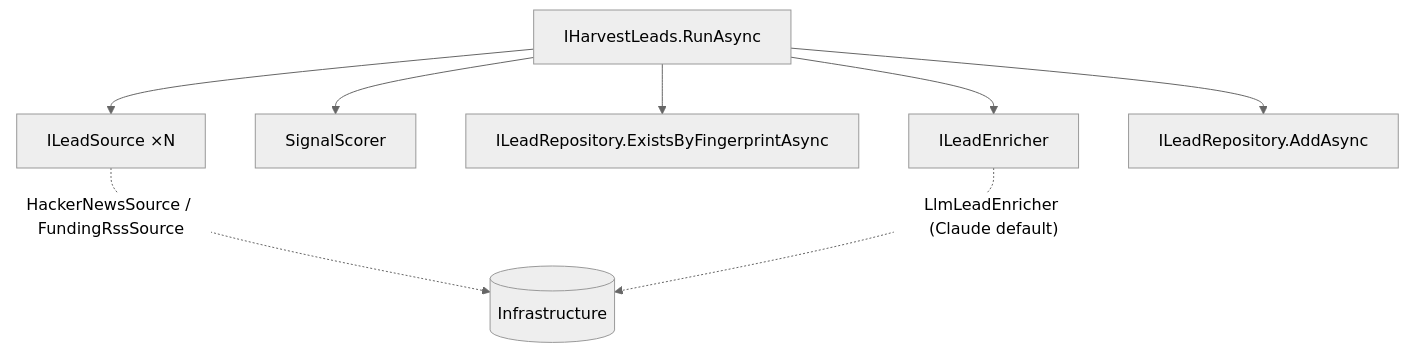
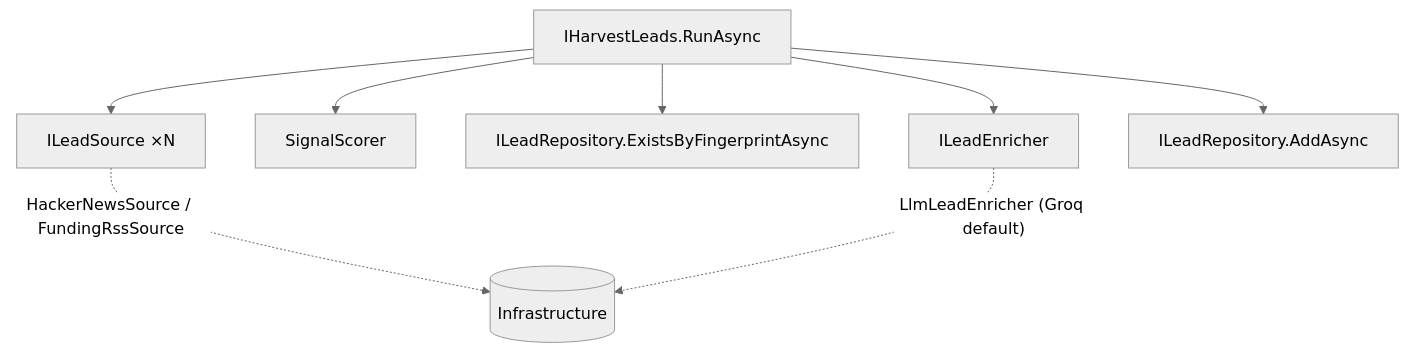
Before and after one commit to Lech-Digital/lead-engine: the diagram in docs/superpowers/specs/2026-07-06-coldstart-lead-generation-engine-design.md, drawn with Mermaid (neutral theme). The commit also changed other lines of this file, not shown here.

Commit message:
Spec: default lead enricher to Groq (no Anthropic/Claude dependency)

````diff
--- a/docs/superpowers/specs/2026-07-06-coldstart-lead-generation-engine-design.md
+++ b/docs/superpowers/specs/2026-07-06-coldstart-lead-generation-engine-design.md
@@ -32,10 +32,10 @@
 ```mermaid
 graph TD
     Run[IHarvestLeads.RunAsync] --> Sources[ILeadSource ×N]
     Run --> Scorer[SignalScorer]
     Run --> Dedup[ILeadRepository.ExistsByFingerprintAsync]
     Run --> Enricher[ILeadEnricher]
     Run --> Save[ILeadRepository.AddAsync]
     Sources -.HackerNewsSource / FundingRssSource.-> Infra[(Infrastructure)]
-    Enricher -.LlmLeadEnricher (Claude default).-> Infra
+    Enricher -.LlmLeadEnricher (Groq default).-> Infra
 ```
````
